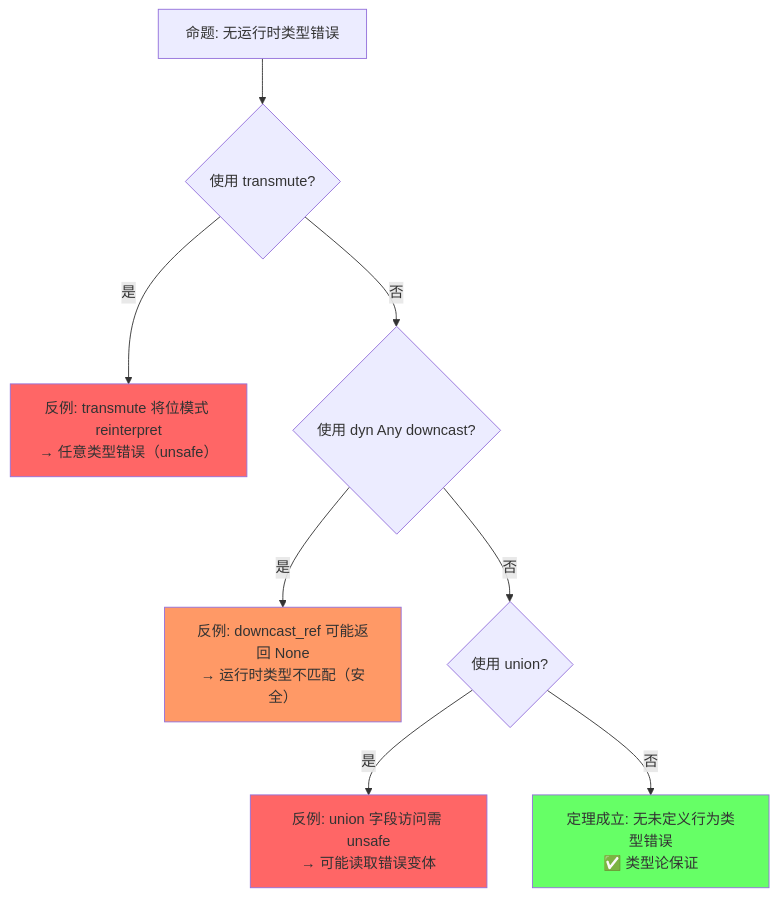
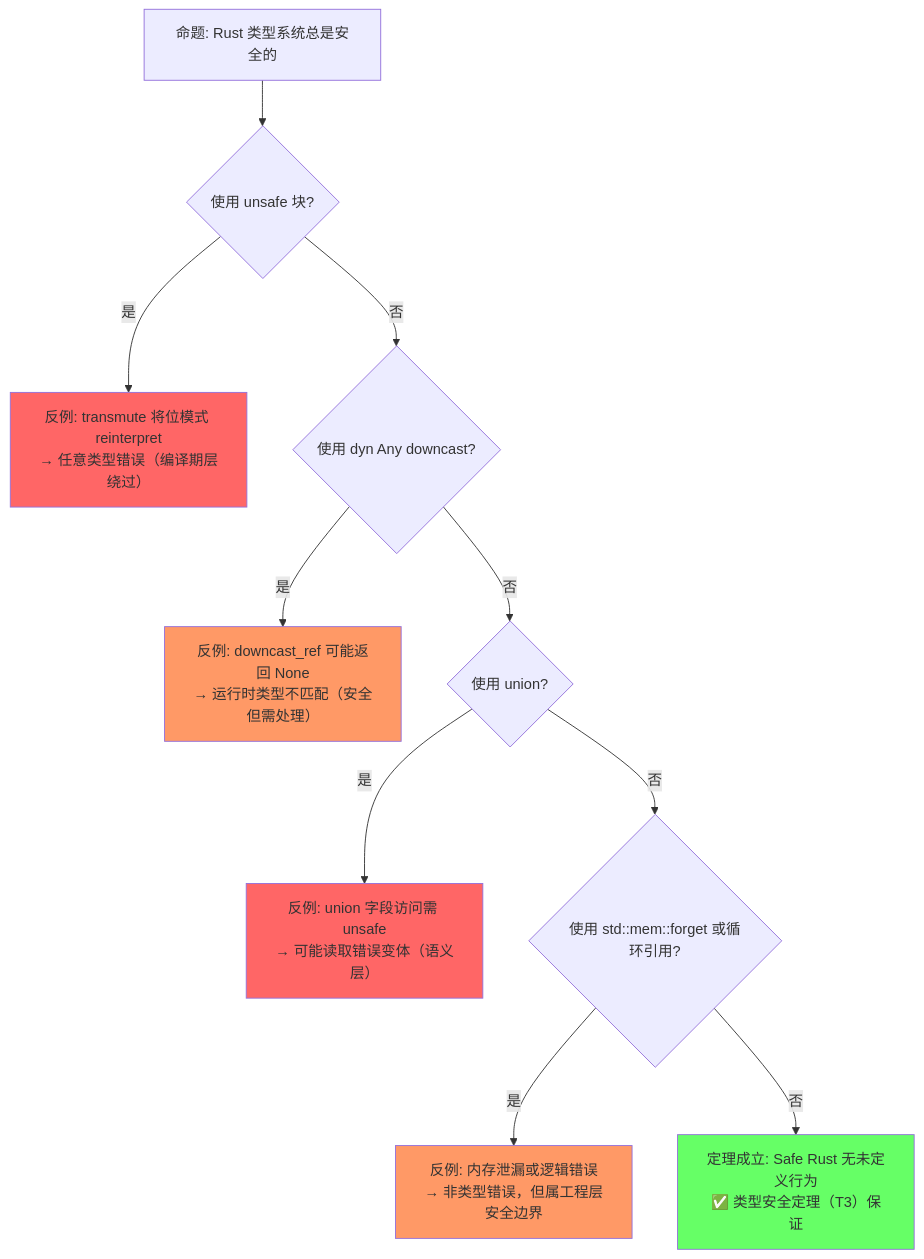
Before and after one commit to martin-ly/rust-lang: the second of 4 diagrams in concept/01_foundation/04_type_system.md, drawn with Mermaid. The commit also changed other lines of this file and 12 other files, not shown here.

````diff
--- a/concept/01_foundation/04_type_system.md
+++ b/concept/01_foundation/04_type_system.md
@@ -390,15 +403,18 @@
 ```mermaid
 graph TD
-    P["命题: 无运行时类型错误"] --> Q1{"使用 transmute?"}
-    Q1 -->|是| F1["反例: transmute 将位模式 reinterpret<br/>→ 任意类型错误（unsafe）"]
+    P["命题: Rust 类型系统总是安全的"] --> Q1{"使用 unsafe 块?"}
+    Q1 -->|是| F1["反例: transmute 将位模式 reinterpret<br/>→ 任意类型错误（编译期层绕过）"]
     Q1 -->|否| Q2{"使用 dyn Any downcast?"}
-    Q2 -->|是| F2["反例: downcast_ref 可能返回 None<br/>→ 运行时类型不匹配（安全）"]
+    Q2 -->|是| F2["反例: downcast_ref 可能返回 None<br/>→ 运行时类型不匹配（安全但需处理）"]
     Q2 -->|否| Q3{"使用 union?"}
-    Q3 -->|是| F3["反例: union 字段访问需 unsafe<br/>→ 可能读取错误变体"]
-    Q3 -->|否| T["定理成立: 无未定义行为类型错误<br/>✅ 类型论保证"]
+    Q3 -->|是| F3["反例: union 字段访问需 unsafe<br/>→ 可能读取错误变体（语义层）"]
+    Q3 -->|否| Q4{"使用 std::mem::forget 或循环引用?"}
+    Q4 -->|是| F4["反例: 内存泄漏或逻辑错误<br/>→ 非类型错误，但属工程层安全边界"]
+    Q4 -->|否| T["定理成立: Safe Rust 无未定义行为<br/>✅ 类型安全定理（T3）保证"]
 
     style F1 fill:#f66
     style F2 fill:#f96
     style F3 fill:#f66
+    style F4 fill:#f96
     style T fill:#6f6
 ```
````
